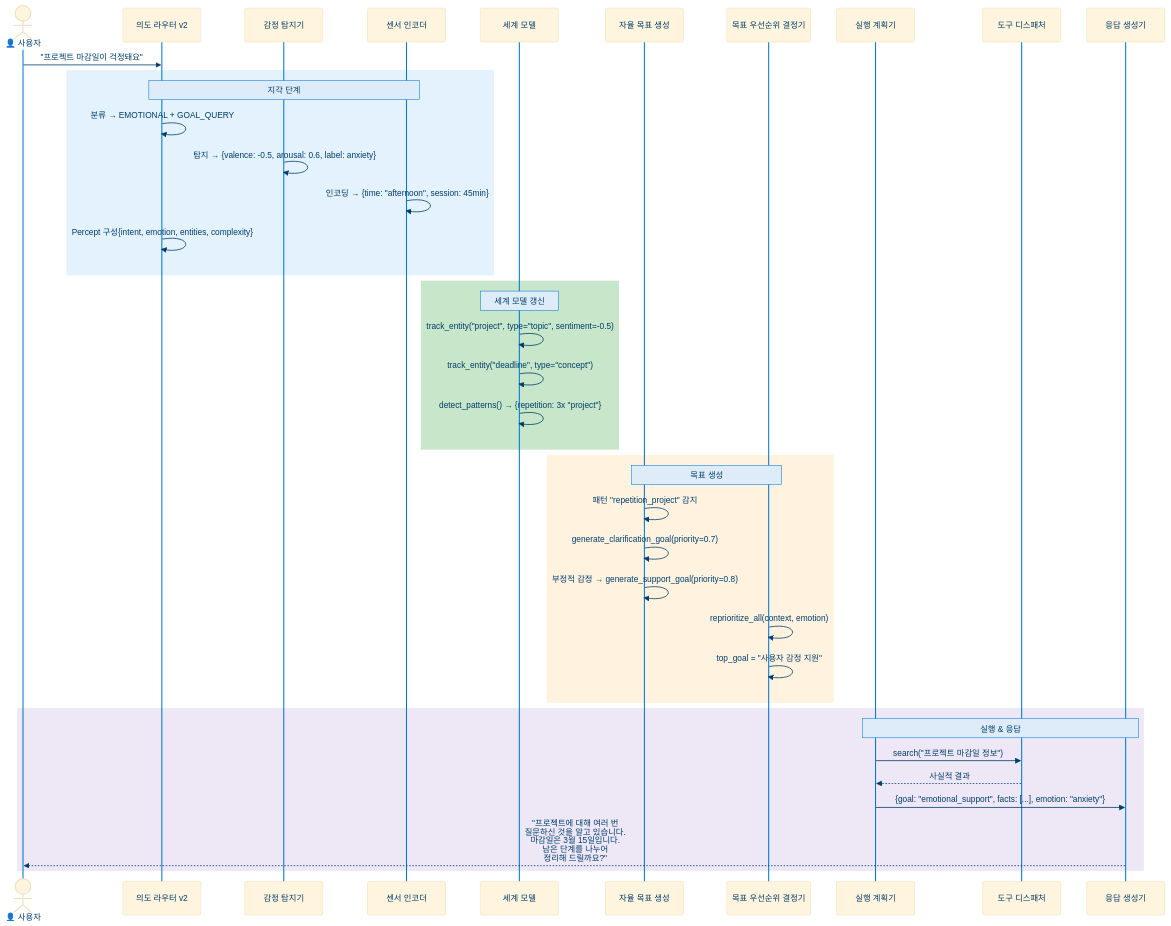
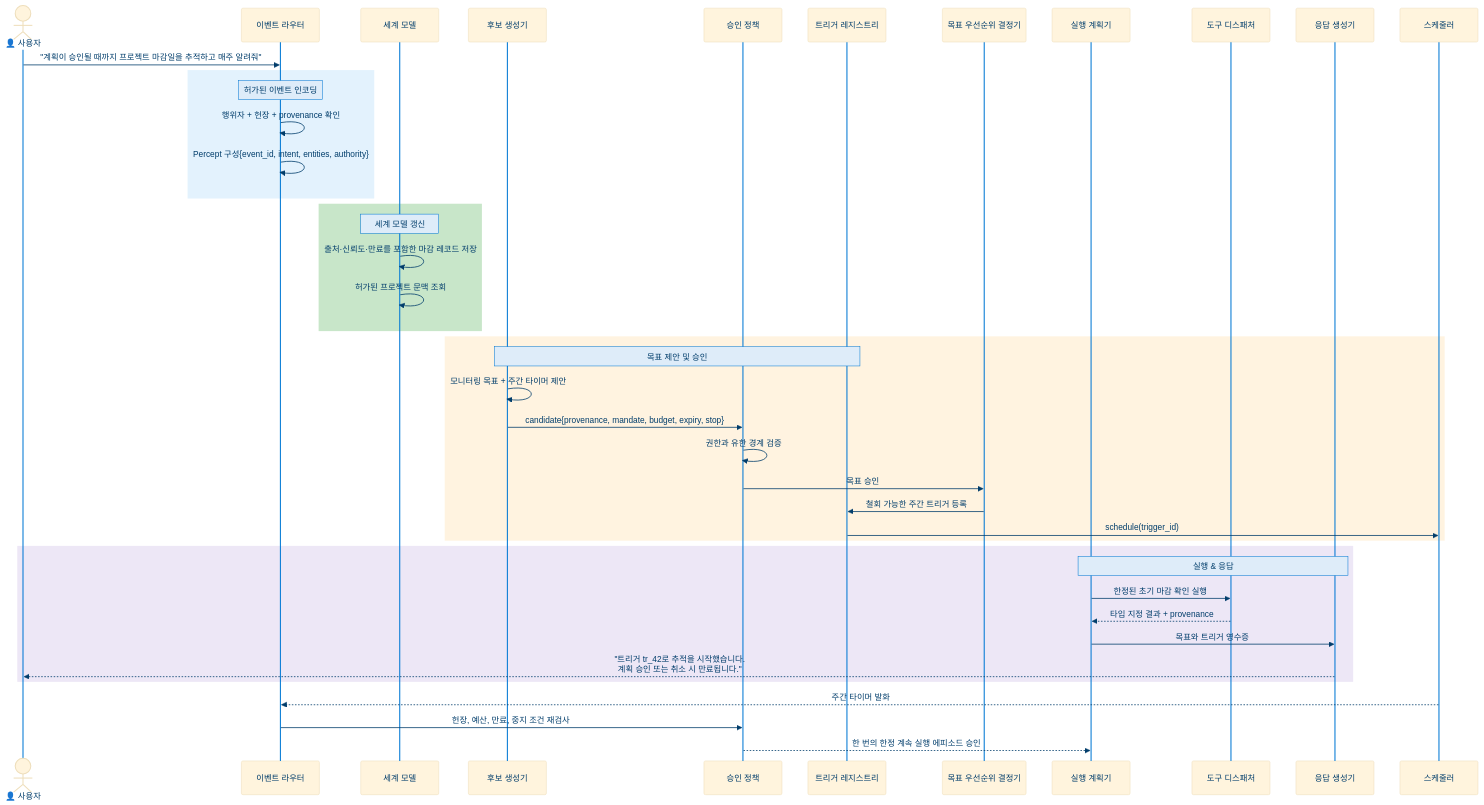
Before and after one commit to dotnetpower/mscp: the third of 8 diagrams in docs/levels/Level_2_Autonomous_Agent.ko.md, drawn with Mermaid. The commit also changed other lines of this file and 21 other files, not shown here.

````diff
--- a/docs/levels/Level_2_Autonomous_Agent.ko.md
+++ b/docs/levels/Level_2_Autonomous_Agent.ko.md
@@ -354,48 +415,51 @@
 ```mermaid
 %%{init: {'theme': 'base', 'themeVariables': {'actorTextColor': '#003D6B', 'actorLineColor': '#0078D4', 'signalColor': '#003D6B', 'signalTextColor': '#003D6B', 'labelTextColor': '#003D6B', 'loopTextColor': '#003D6B', 'noteBkgColor': '#DEECF9', 'noteTextColor': '#003D6B', 'noteBorderColor': '#0078D4', 'activationBkgColor': '#E1DFDD', 'activationBorderColor': '#605E5C', 'sequenceNumberColor': '#FFF', 'textColor': '#323130', 'fontSize': '14px'}}}%%
 sequenceDiagram
     actor U as 👤 사용자
-    participant IR as 의도 라우터 v2
-    participant ED as 감정 탐지기
-    participant SE as 센서 인코더
+  participant ER as 이벤트 라우터
     participant WM as 세계 모델
-    participant AG as 자율 목표 생성
+  participant CG as 후보 생성기
+  participant AP as 승인 정책
+  participant TR as 트리거 레지스트리
     participant GP as 목표 우선순위 결정기
     participant EP as 실행 계획기
     participant TD as 도구 디스패처
     participant RG as 응답 생성기
+  participant S as 스케줄러
 
-    U->>IR: "프로젝트 마감일이 걱정돼요"
+  U->>ER: "계획이 승인될 때까지 프로젝트 마감일을 추적하고 매주 알려줘"
 
     rect rgb(227, 242, 253)
-        Note over IR,SE: 지각 단계
-        IR->>IR: 분류 → EMOTIONAL + GOAL_QUERY
-        ED->>ED: 탐지 → {valence: -0.5, arousal: 0.6, label: anxiety}
-        SE->>SE: 인코딩 → {time: "afternoon", session: 45min}
-        IR->>IR: Percept 구성{intent, emotion, entities, complexity}
+    Note over ER: 허가된 이벤트 인코딩
+    ER->>ER: 행위자 + 헌장 + provenance 확인
+    ER->>ER: Percept 구성{event_id, intent, entities, authority}
     end
 
     rect rgb(200, 230, 201)
         Note over WM: 세계 모델 갱신
-        WM->>WM: track_entity("project", type="topic", sentiment=-0.5)
-        WM->>WM: track_entity("deadline", type="concept")
-        WM->>WM: detect_patterns() → {repetition: 3x "project"}
+    WM->>WM: 출처·신뢰도·만료를 포함한 마감 레코드 저장
+    WM->>WM: 허가된 프로젝트 문맥 조회
     end
 
     rect rgb(255, 243, 224)
-        Note over AG,GP: 목표 생성
-        AG->>AG: 패턴 "repetition_project" 감지
-        AG->>AG: generate_clarification_goal(priority=0.7)
-        AG->>AG: 부정적 감정 → generate_support_goal(priority=0.8)
-        GP->>GP: reprioritize_all(context, emotion)
-        GP->>GP: top_goal = "사용자 감정 지원"
+    Note over CG,TR: 목표 제안 및 승인
+    CG->>CG: 모니터링 목표 + 주간 타이머 제안
+    CG->>AP: candidate{provenance, mandate, budget, expiry, stop}
+    AP->>AP: 권한과 유한 경계 검증
+    AP->>GP: 목표 승인
+    GP->>TR: 철회 가능한 주간 트리거 등록
+    TR->>S: schedule(trigger_id)
     end
 
     rect rgb(237, 231, 246)
         Note over EP,RG: 실행 & 응답
-        EP->>TD: search("프로젝트 마감일 정보")
-        TD-->>EP: 사실적 결과
-        EP->>RG: {goal: "emotional_support", facts: [...], emotion: "anxiety"}
-        RG-->>U: "프로젝트에 대해 여러 번<br/>질문하신 것을 알고 있습니다.<br/>마감일은 3월 15일입니다.<br/>남은 단계를 나누어<br/>정리해 드릴까요?"
+    EP->>TD: 한정된 초기 마감 확인 실행
+    TD-->>EP: 타입 지정 결과 + provenance
+    EP->>RG: 목표와 트리거 영수증
+    RG-->>U: "트리거 tr_42로 추적을 시작했습니다.<br/>계획 승인 또는 취소 시 만료됩니다."
     end
+
+  S-->>ER: 주간 타이머 발화
+  ER->>AP: 헌장, 예산, 만료, 중지 조건 재검사
+  AP-->>EP: 한 번의 한정 계속 실행 에피소드 승인
 ```
````
